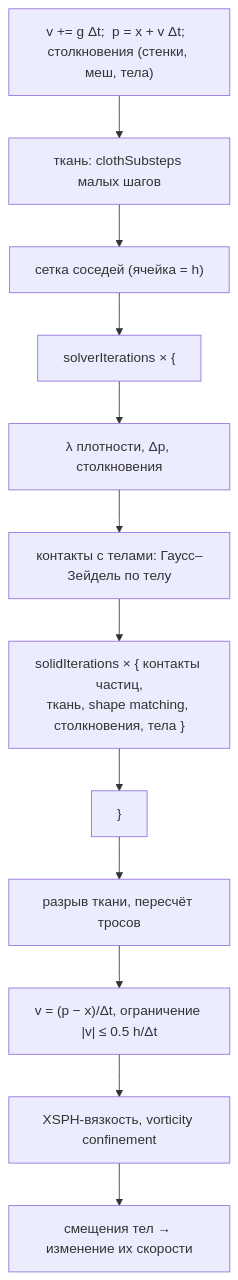
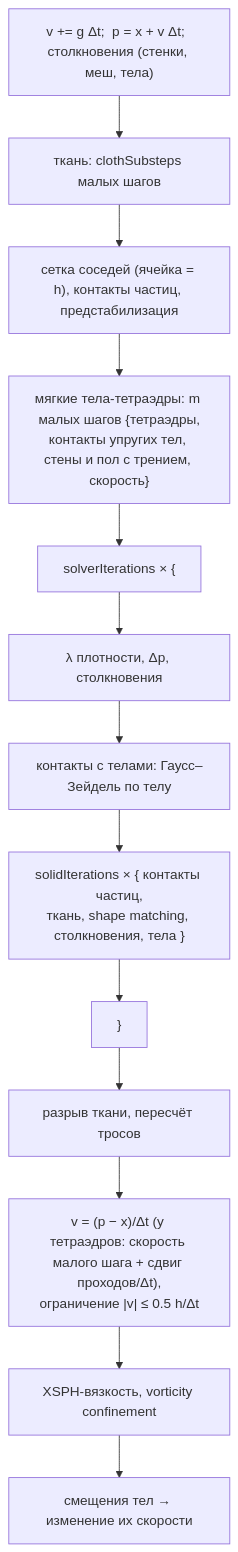
Before and after one commit to werasaimon/phys_realflow: the diagram in docs/03-particles.md, drawn with Mermaid. The commit also changed other lines of this file and 21 other files, not shown here.

First line of the commit message:
В работе: мягкие тела на тетраэдрах (стабильный Neo-Hookean, XPBD) - НЕ для main

````diff
--- a/docs/03-particles.md
+++ b/docs/03-particles.md
@@ -67,14 +67,15 @@
 ```mermaid
 flowchart TB
     A["v += g Δt;  p = x + v Δt;  столкновения (стенки, меш, тела)"] --> B["ткань: clothSubsteps малых шагов"]
-    B --> C["сетка соседей (ячейка = h)"]
-    C --> D["solverIterations × {"]
+    B --> C["сетка соседей (ячейка = h), контакты частиц, предстабилизация"]
+    C --> T["мягкие тела-тетраэдры: m малых шагов {тетраэдры,<br/>контакты упругих тел, стены и пол с трением, скорость}"]
+    T --> D["solverIterations × {"]
     D --> E["λ плотности, Δp, столкновения"]
     E --> F["контакты с телами: Гаусс–Зейдель по телу"]
     F --> G["solidIterations × { контакты частиц,<br/>ткань, shape matching, столкновения, тела }"]
     G --> H["}"]
     H --> I["разрыв ткани, пересчёт тросов"]
-    I --> J["v = (p − x)/Δt, ограничение |v| ≤ 0.5 h/Δt"]
+    I --> J["v = (p − x)/Δt (у тетраэдров: скорость малого шага + сдвиг проходов/Δt),<br/>ограничение |v| ≤ 0.5 h/Δt"]
     J --> K["XSPH-вязкость, vorticity confinement"]
     K --> L["смещения тел → изменение их скорости"]
 ```
````
